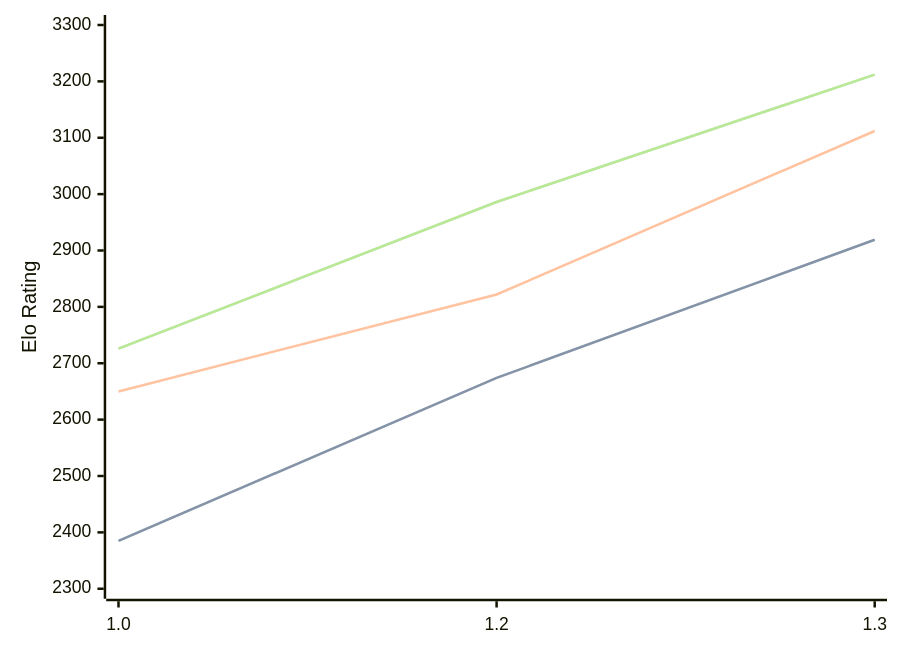
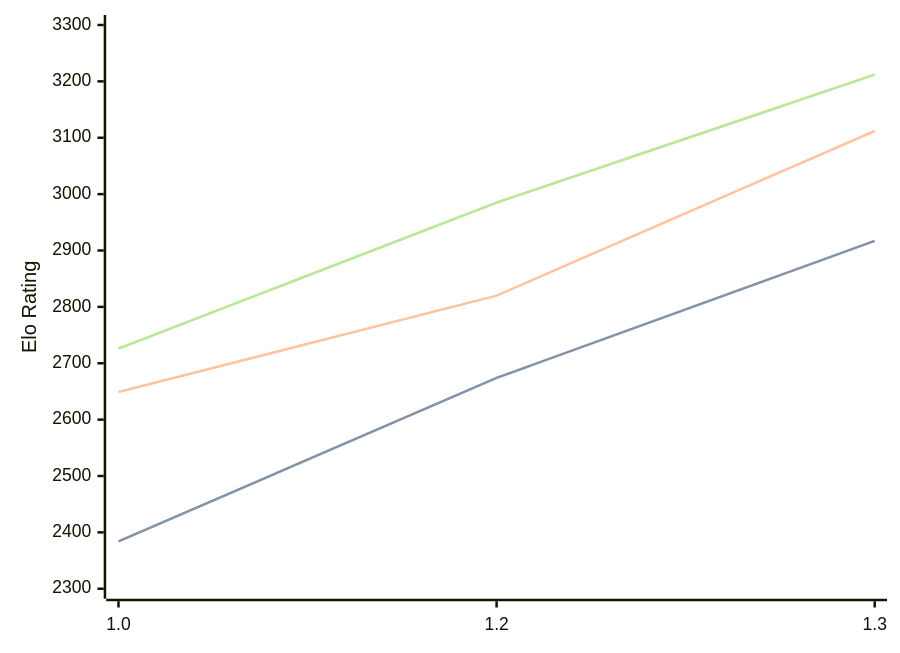
One commit to computer-chess-index/cci changed the diagram in engines/Chessnix.md. Above: the diagram before and after it, drawn with Mermaid. The commit also changed other lines of this file, not shown here.

Commit message:
Update CCI Ratings (ELO VLTC) - 2026-03-01

````diff
--- a/engines/Chessnix.md
+++ b/engines/Chessnix.md
@@ -33,11 +33,11 @@
 ```mermaid
 %%{init: {"theme":"base","themeVariables":{"seriesColors:['#a3a3a3','#222221','#faa371']}}}%%
 xychart-beta
   x-axis ["1.0", "1.2", "1.3"]
   y-axis "Elo Rating" 2300 --> 3300
-  line "STC (8.0+0.08s)" [2385, 2674, 2919]
-  line "STC (8.0+0.08s)" [2385, 2674, 2919]
-  line "LTC (60.0+0.60s)" [2650, 2822, 3112]
-  line "VLTC (2m24s+1.12s)" [2726, 2986, 3212]
-  line "VLTC (2m24s+1.12s)" [2726, 2986, 3212]
+  line "STC (8.0+0.08s)" [2384, 2674, 2917]
+  line "STC (8.0+0.08s)" [2384, 2674, 2917]
+  line "LTC (60.0+0.60s)" [2649, 2820, 3112]
+  line "VLTC (2m24s+1.12s)" [2726, 2985, 3212]
+  line "VLTC (2m24s+1.12s)" [2726, 2985, 3212]
 ```
````
